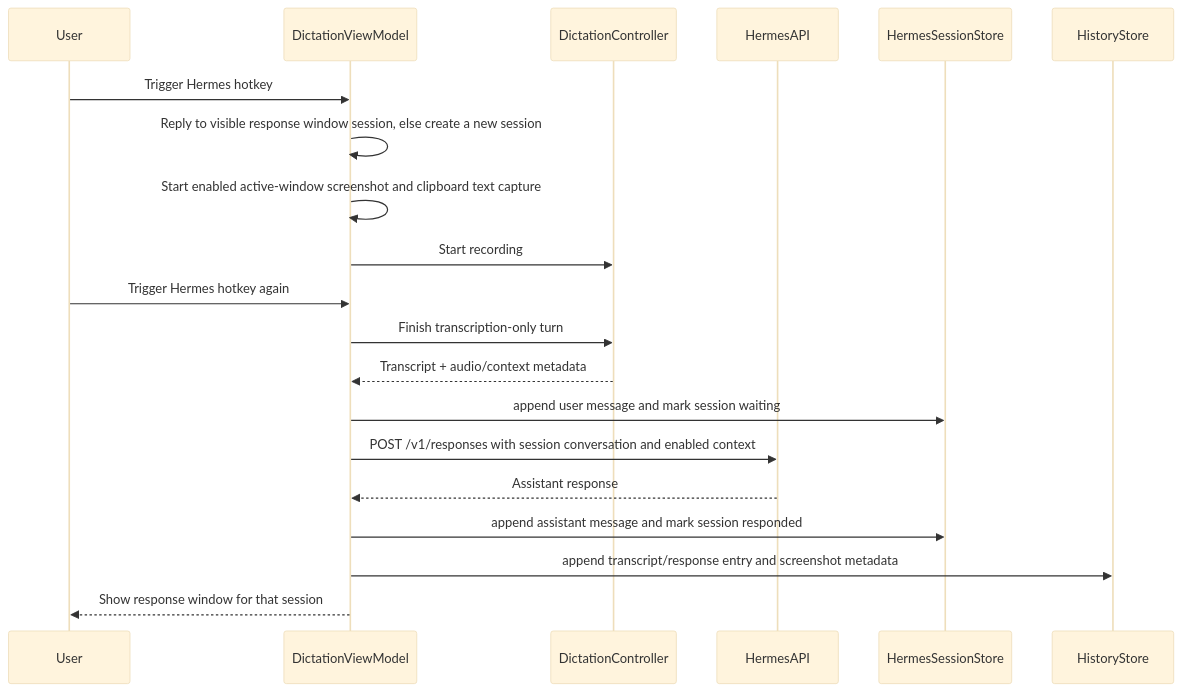
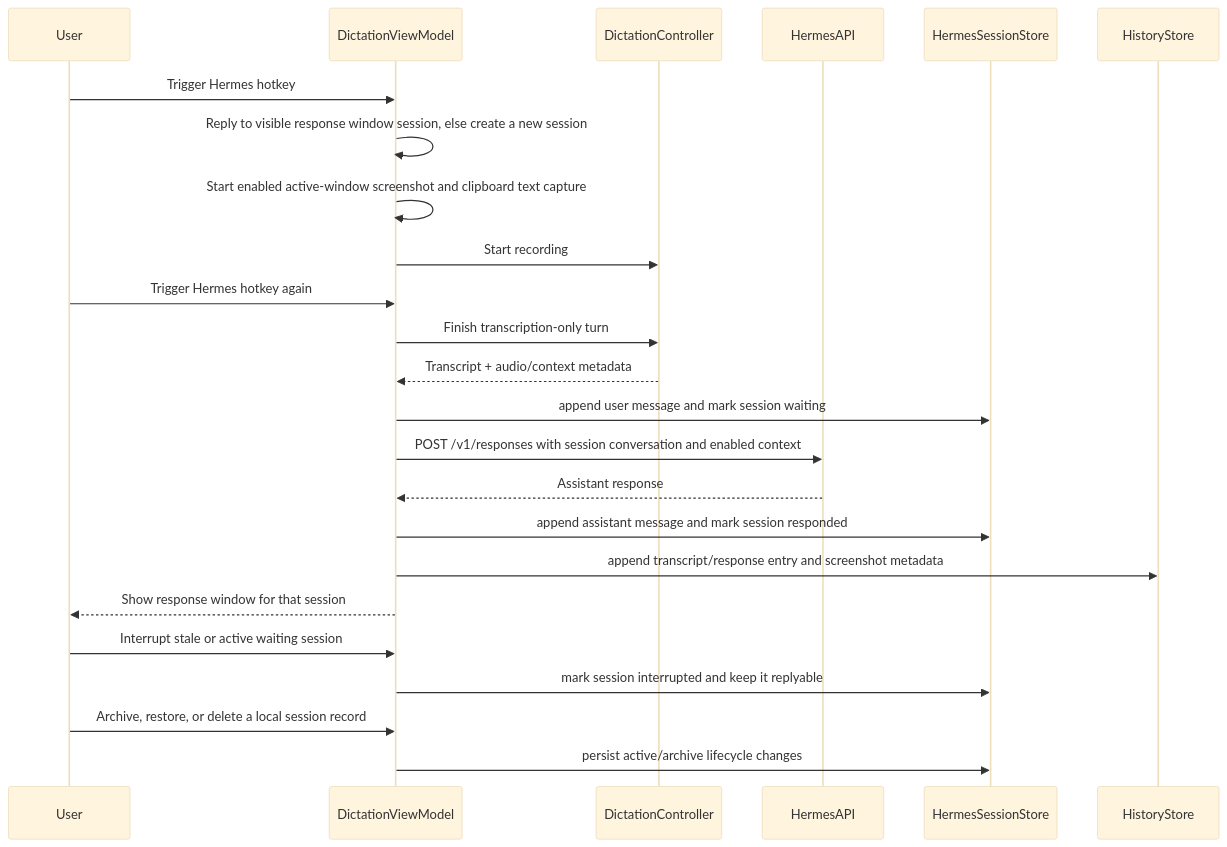
One commit to dkapo88/WonderWhisper-macOS changed diagram 12 of 12 in datamodel.md. Above: the diagram before and after it, drawn with Mermaid (base theme). The commit also changed other lines of this file and 6 other files, not shown here.

Commit message:
feat: refine Hermes session lifecycle

````diff
--- a/datamodel.md
+++ b/datamodel.md
@@ -617,23 +629,27 @@
 ```mermaid
 sequenceDiagram
     participant User
     participant DictationViewModel
     participant DictationController
     participant HermesAPI
     participant HermesSessionStore
     participant HistoryStore
 
     User->>DictationViewModel: Trigger Hermes hotkey
     DictationViewModel->>DictationViewModel: Reply to visible response window session, else create a new session
     DictationViewModel->>DictationViewModel: Start enabled active-window screenshot and clipboard text capture
     DictationViewModel->>DictationController: Start recording
     User->>DictationViewModel: Trigger Hermes hotkey again
     DictationViewModel->>DictationController: Finish transcription-only turn
     DictationController-->>DictationViewModel: Transcript + audio/context metadata
     DictationViewModel->>HermesSessionStore: append user message and mark session waiting
     DictationViewModel->>HermesAPI: POST /v1/responses with session conversation and enabled context
     HermesAPI-->>DictationViewModel: Assistant response
     DictationViewModel->>HermesSessionStore: append assistant message and mark session responded
     DictationViewModel->>HistoryStore: append transcript/response entry and screenshot metadata
     DictationViewModel-->>User: Show response window for that session
+    User->>DictationViewModel: Interrupt stale or active waiting session
+    DictationViewModel->>HermesSessionStore: mark session interrupted and keep it replyable
+    User->>DictationViewModel: Archive, restore, or delete a local session record
+    DictationViewModel->>HermesSessionStore: persist active/archive lifecycle changes
 ```
````
